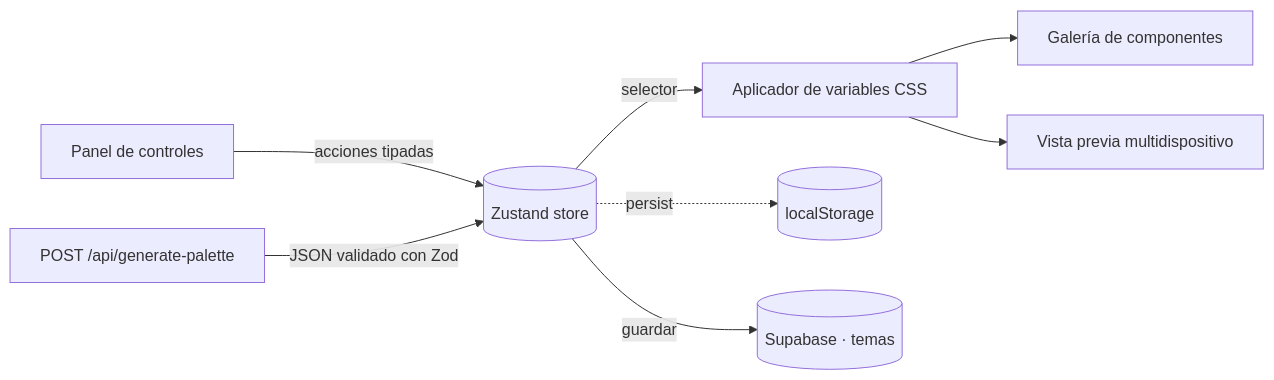
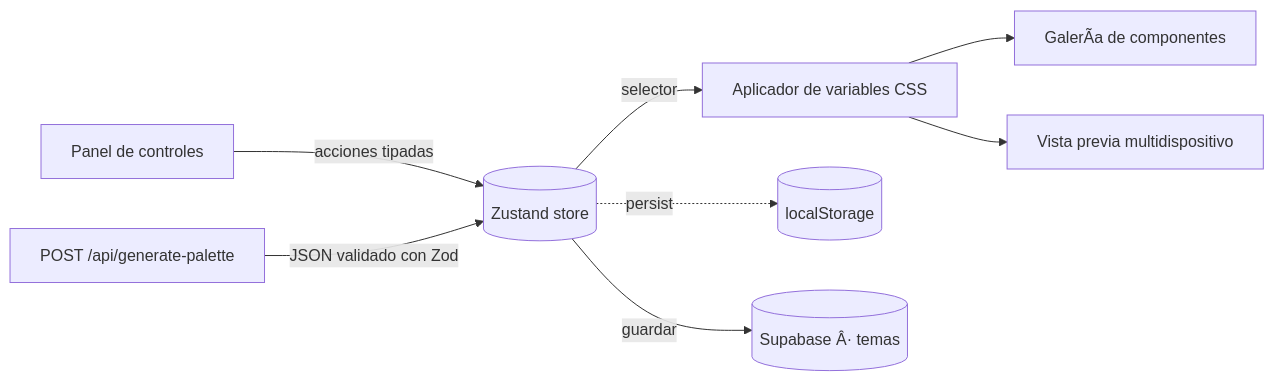
Before and after one commit to DanielCB096/theme-studio: the diagram in README.md, drawn with Mermaid. The commit also changed other lines of this file and 1 other file, not shown here.

````diff
--- a/README.md
+++ b/README.md
@@ -53,10 +53,10 @@
 ```mermaid
 flowchart LR
   UI[Panel de controles] -->|acciones tipadas| Store[(Zustand store)]
   Store -->|selector| Vars[Aplicador de variables CSS]
-  Vars --> Gallery[Galería de componentes]
+  Vars --> Gallery[GalerÃ­a de componentes]
   Vars --> Preview[Vista previa multidispositivo]
   Store -.->|persist| LS[(localStorage)]
-  Store -->|guardar| SB[(Supabase · temas)]
+  Store -->|guardar| SB[(Supabase Â· temas)]
   API[POST /api/generate-palette] -->|JSON validado con Zod| Store
 ```
````
